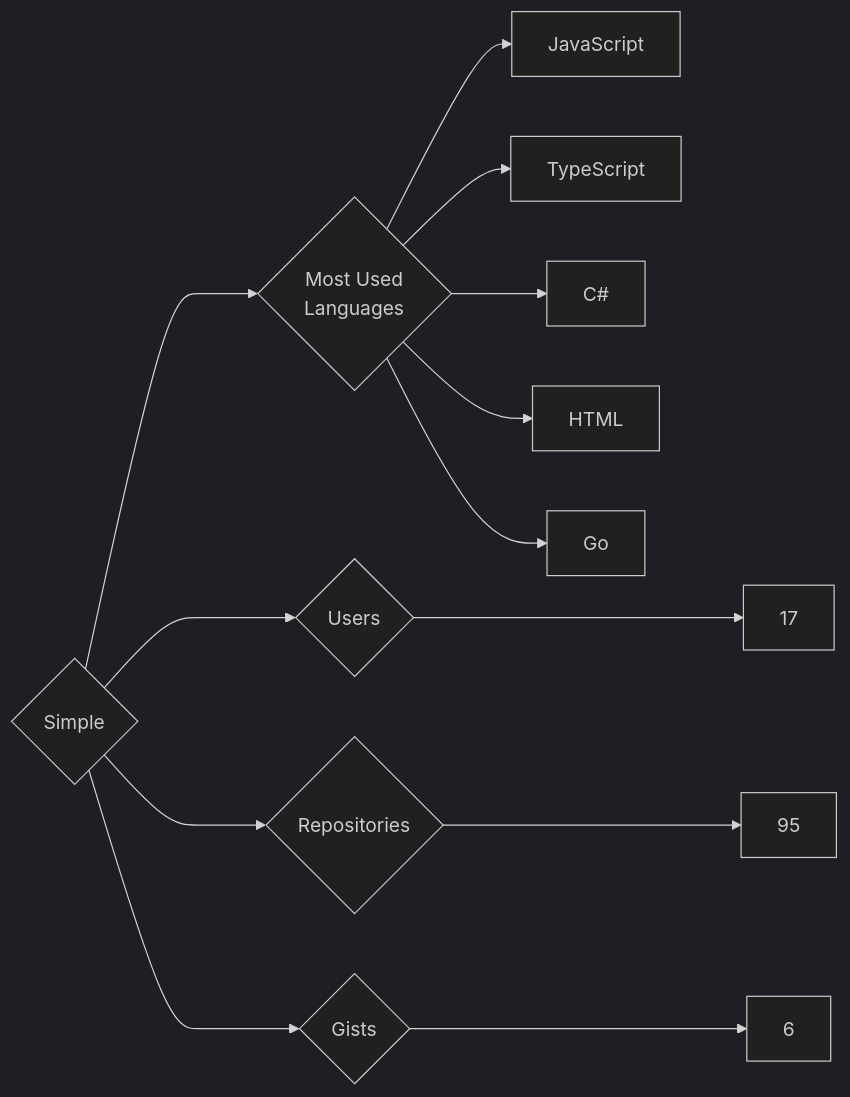
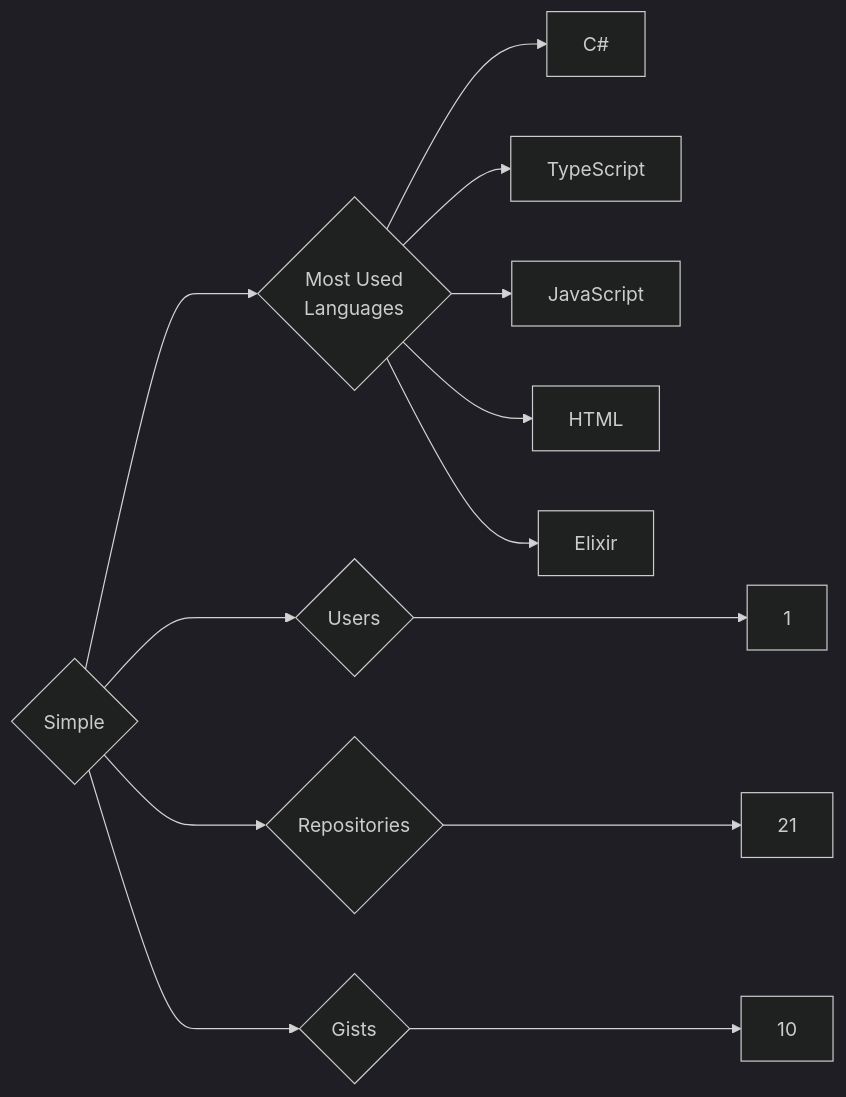
Before and after one commit to trickest/insiders: the diagram in targets/Simple/README.md, drawn with Mermaid (dark theme). The commit also changed 851 other files, not shown here.

````diff
--- a/targets/Simple/README.md
+++ b/targets/Simple/README.md
@@ -3,13 +3,13 @@
 ```mermaid
 graph LR
 COMPANY_NAME{Simple}
-COMPANY_NAME ---> U{Users} ---> UN[17]
-COMPANY_NAME ---> R{Repositories} ---> RN[95]
-COMPANY_NAME ---> G{Gists} ---> GN[6]
+COMPANY_NAME ---> U{Users} ---> UN[1]
+COMPANY_NAME ---> R{Repositories} ---> RN[21]
+COMPANY_NAME ---> G{Gists} ---> GN[10]
 COMPANY_NAME ---> ML{Most Used<br>Languages}
+ML --> C#[C#]
+ML --> TypeScript[TypeScript]
 ML --> JavaScript[JavaScript]
-ML --> TypeScript[TypeScript]
-ML --> C#[C#]
 ML --> HTML[HTML]
-ML --> Go[Go]
+ML --> Elixir[Elixir]
 ```
````
